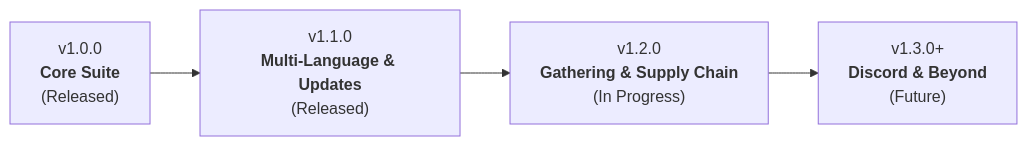
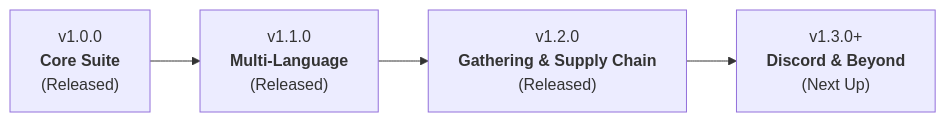
The diagram in ROADMAP.md (VhelCodez/GSFHub), drawn with Mermaid before and after one commit. The commit also changed other lines of this file and 17 other files, not shown here.

First line of the commit message:
Release v1.2.0: Gathering Suite, Guild Supply Chain, 1-375 Resource Farming Atlas & Personal Goals HUD

````diff
--- a/ROADMAP.md
+++ b/ROADMAP.md
@@ -9,6 +9,6 @@
 ```mermaid
 graph LR
-    v1["v1.0.0<br/><b>Core Suite</b><br/>(Released)"] --> v11["v1.1.0<br/><b>Multi-Language & Updates</b><br/>(Released)"]
-    v11 --> v12["v1.2.0<br/><b>Gathering & Supply Chain</b><br/>(In Progress)"]
-    v12 --> v13["v1.3.0+<br/><b>Discord & Beyond</b><br/>(Future)"]
+    v1["v1.0.0<br/><b>Core Suite</b><br/>(Released)"] --> v11["v1.1.0<br/><b>Multi-Language</b><br/>(Released)"]
+    v11 --> v12["v1.2.0<br/><b>Gathering & Supply Chain</b><br/>(Released)"]
+    v12 --> v13["v1.3.0+<br/><b>Discord & Beyond</b><br/>(Next Up)"]
 ```
````
